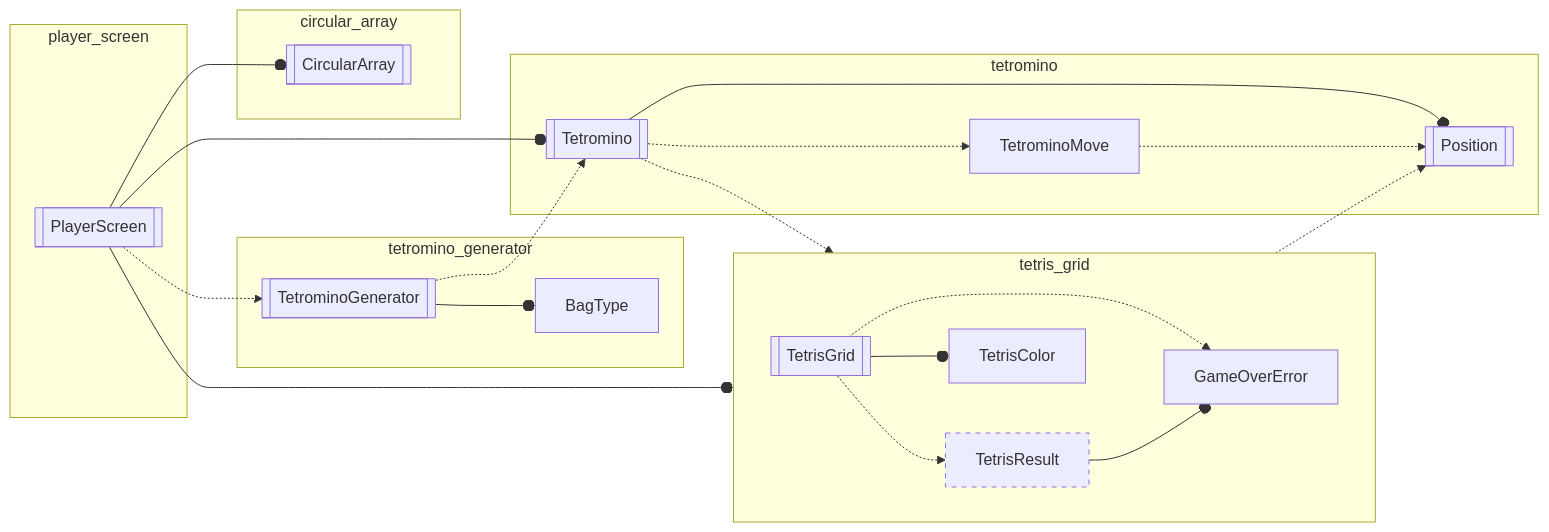
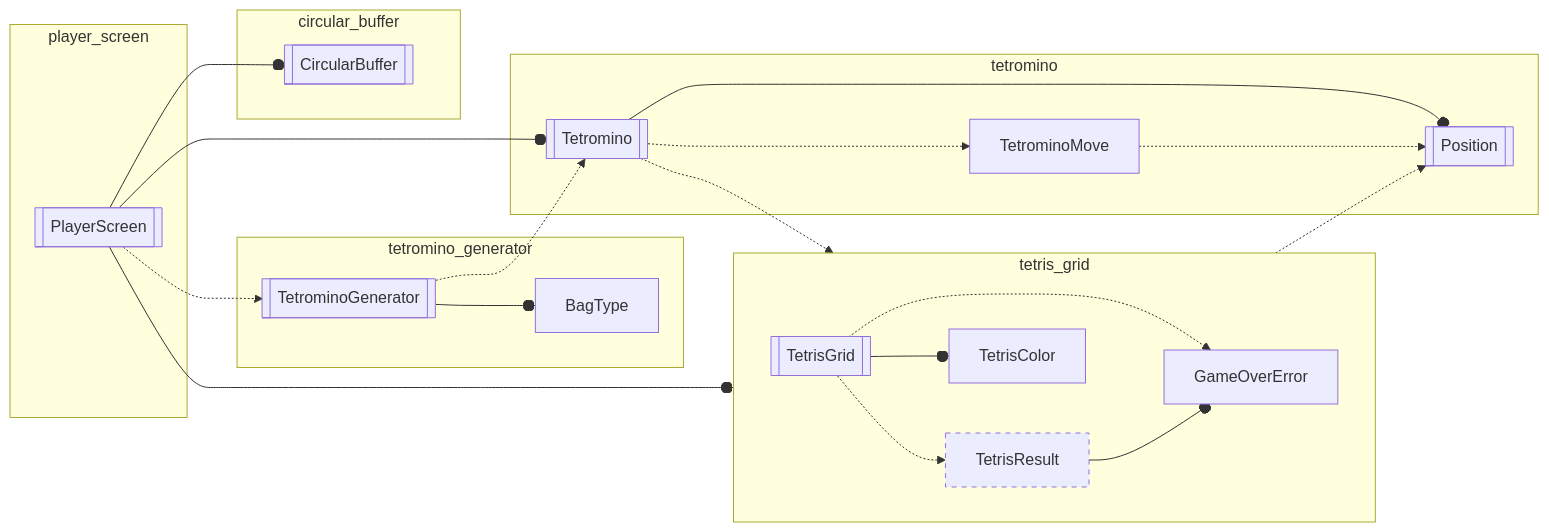
The diagram in tetris_core/src/tetris_core.mmd (inesvar/tetris), drawn with Mermaid before and after one commit. The commit also changed 4 other files, not shown here.

Commit message:
Remove K parameter from CircularArray -> CircularBuffer

```diff
--- a/tetris_core/src/tetris_core.mmd
+++ b/tetris_core/src/tetris_core.mmd
@@ -1,49 +1,49 @@
 graph LR
     %% objects
     TetrominoMove[TetrominoMove]
     TetrisGrid[[TetrisGrid]]
     GameOverError[GameOverError]
     TetrisResult[TetrisResult]
     Tetromino[[Tetromino]]
     Position[[Position]]
     TetrisColor[TetrisColor]
     TetrominoGenerator[[TetrominoGenerator]]
     BagType[BagType]
-    CircularArray[[CircularArray]]
+    CircularBuffer[[CircularBuffer]]
     PlayerScreen[[PlayerScreen]]
 
     subgraph player_screen
         PlayerScreen
     end
     PlayerScreen --o TetrisGrid
     PlayerScreen --o Tetromino
-    PlayerScreen --o CircularArray
+    PlayerScreen --o CircularBuffer
     PlayerScreen -.-> TetrominoGenerator
 
     subgraph tetromino_generator
         TetrominoGenerator --o BagType
     end
     TetrominoGenerator
     TetrominoGenerator -.-> Tetromino
 
-    subgraph circular_array
-        CircularArray
+    subgraph circular_buffer
+        CircularBuffer
     end
 
     subgraph tetris_grid
         direction LR
         TetrisGrid -.-> GameOverError
         TetrisGrid -.-> TetrisResult
         TetrisResult --o GameOverError
         TetrisGrid --o TetrisColor
     end
     Tetromino -.-> tetris_grid
     TetrisGrid -.-> Position
 
     subgraph tetromino
         Tetromino --o Position
         TetrominoMove -.-> Position
         Tetromino -.-> TetrominoMove
     end
 
     style TetrisResult stroke-dasharray: 5 5;
```
